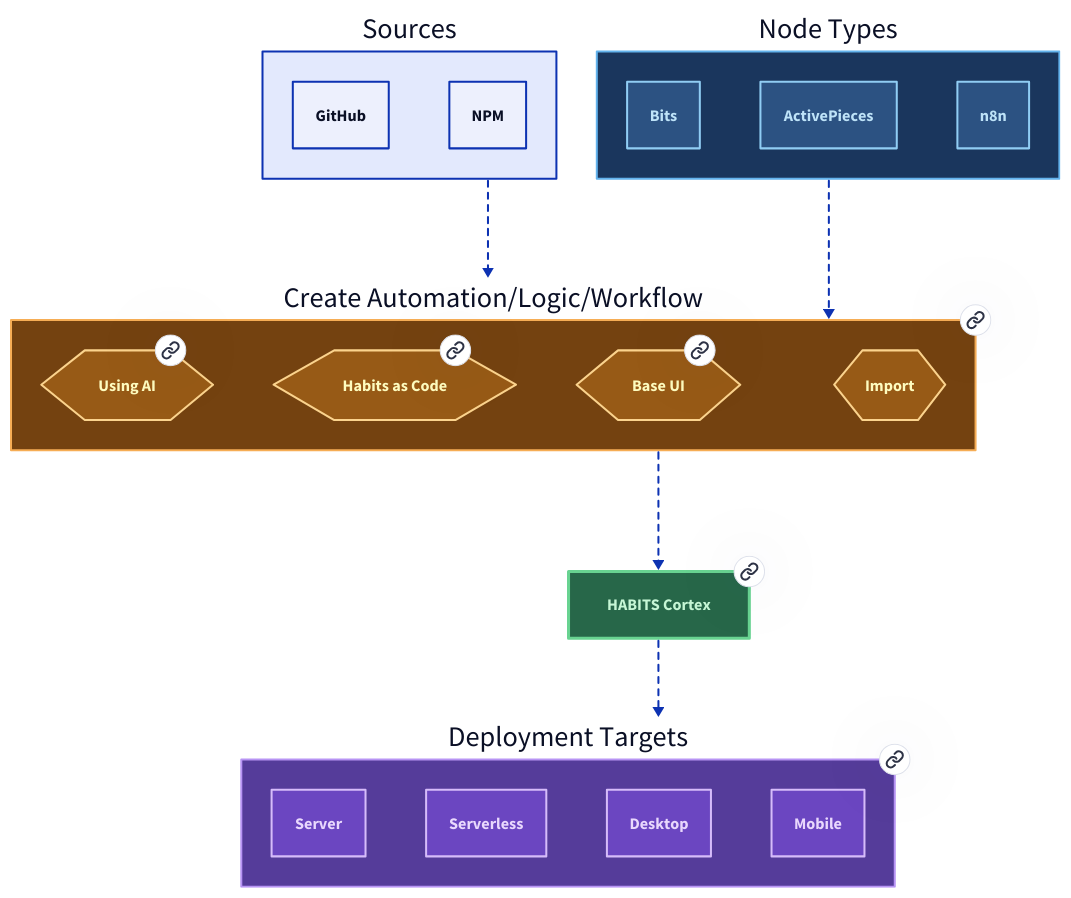
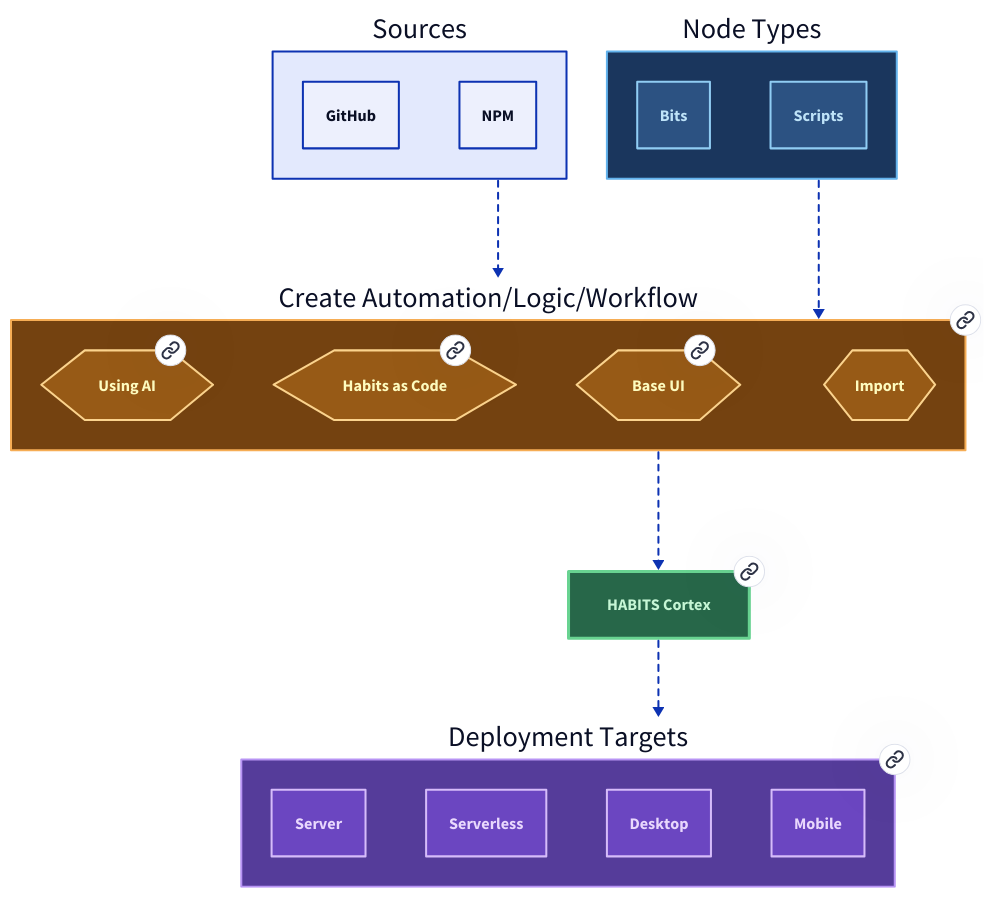
The diagram in docs/diagrams/components.md (Codenteam/habits), drawn with D2 before and after one commit. The commit also changed 176 other files, not shown here.

```diff
--- a/docs/diagrams/components.md
+++ b/docs/diagrams/components.md
@@ -31,12 +31,7 @@
     style.stroke: "#90cdf4"
     style.font-color: "#bee3f8"
   }
-  ap: ActivePieces {
-    style.fill: "#2c5282"
-    style.stroke: "#90cdf4"
-    style.font-color: "#bee3f8"
-  }
-  n8n: n8n {
+  scripts: Scripts {
     style.fill: "#2c5282"
     style.stroke: "#90cdf4"
     style.font-color: "#bee3f8"
```
